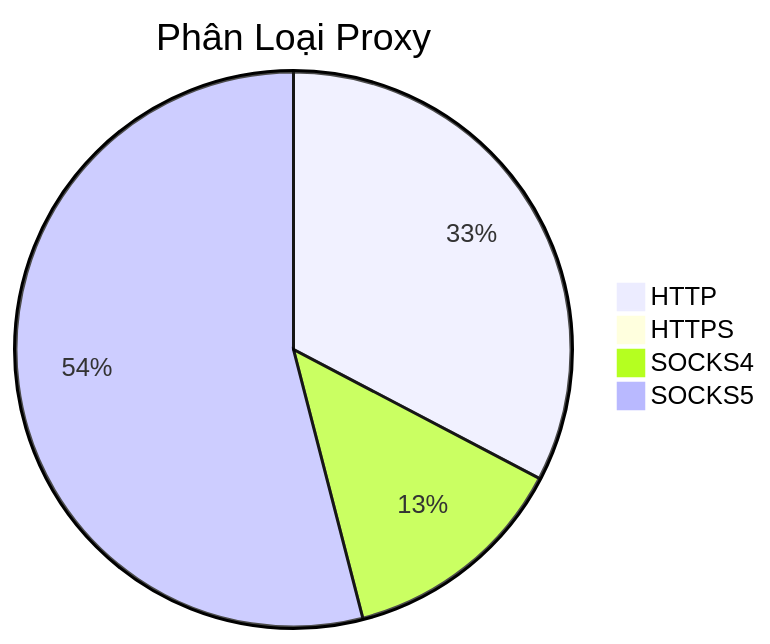
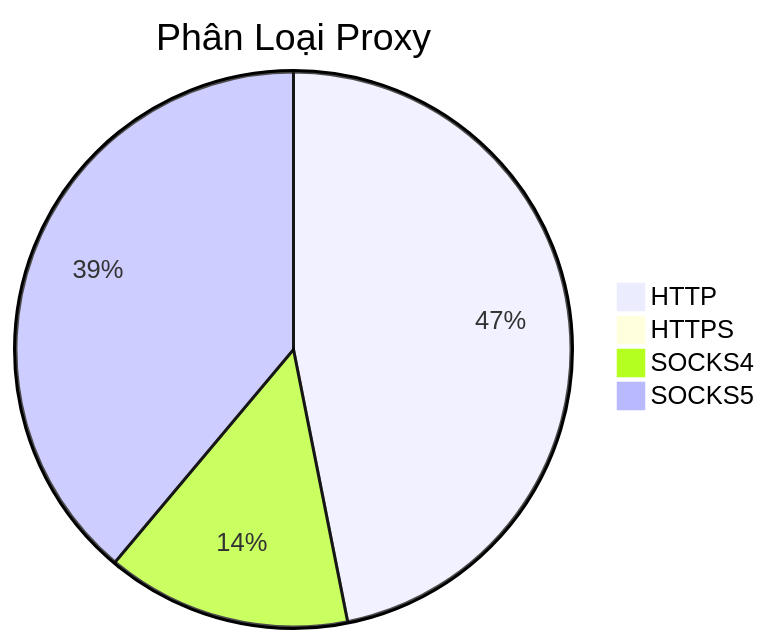
The diagram in README.md (Ciara-Aa/PROXY-free), drawn with Mermaid before and after one commit. The commit also changed other lines of this file and 4 other files, not shown here.

````diff
--- a/README.md
+++ b/README.md
@@ -26,7 +26,7 @@
 ```mermaid
 pie title Phân Loại Proxy
-    "HTTP" : 236
-    "HTTPS" : 4
-    "SOCKS4" : 96
-    "SOCKS5" : 390
+    "HTTP" : 270
+    "HTTPS" : 3
+    "SOCKS4" : 82
+    "SOCKS5" : 224
 ```
````
